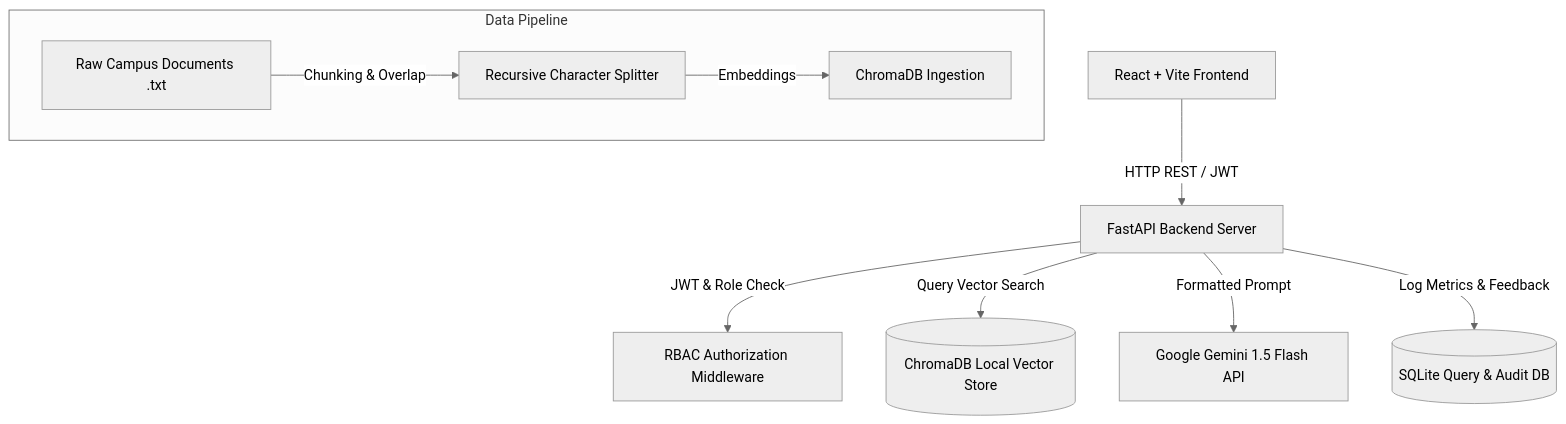
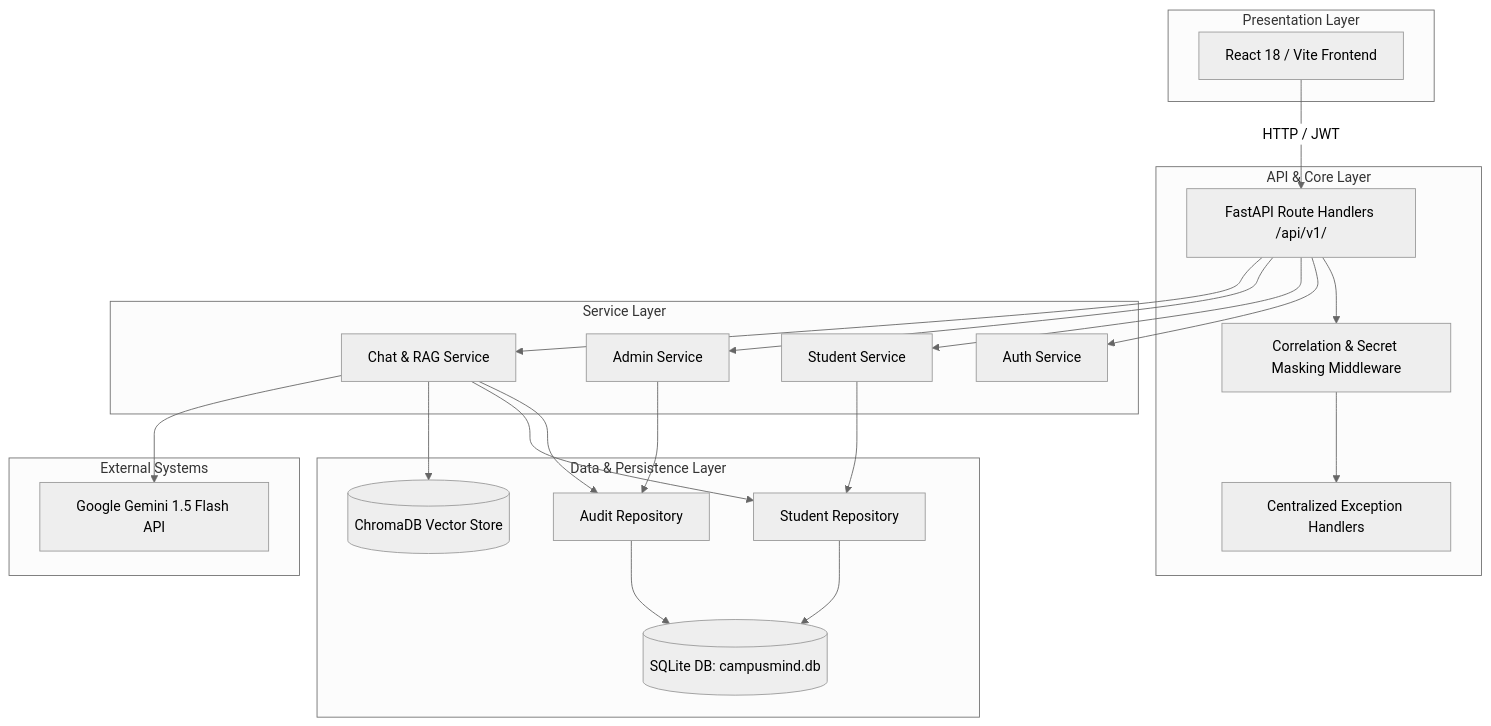
The diagram in docs/architecture.md (Sandxx999/CampusMIND), drawn with Mermaid (neutral theme) before and after one commit. The commit also changed other lines of this file and 34 other files, not shown here.

````diff
--- a/docs/architecture.md
+++ b/docs/architecture.md
@@ -5,13 +7,48 @@
 ```mermaid
 graph TD
-    Client[React + Vite Frontend] -->|HTTP REST / JWT| FastAPI[FastAPI Backend Server]
-    FastAPI -->|JWT & Role Check| RBAC[RBAC Authorization Middleware]
-    FastAPI -->|Query Vector Search| ChromaDB[(ChromaDB Local Vector Store)]
-    FastAPI -->|Formatted Prompt| LLM[Google Gemini 1.5 Flash API]
-    FastAPI -->|Log Metrics & Feedback| SQLite[(SQLite Query & Audit DB)]
-    
-    subgraph Data Pipeline
-        RawDocs[Raw Campus Documents .txt] -->|Chunking & Overlap| Chunker[Recursive Character Splitter]
-        Chunker -->|Embeddings| VectorStore[ChromaDB Ingestion]
+    subgraph Presentation Layer
+        UI[React 18 / Vite Frontend]
     end
+
+    subgraph API & Core Layer
+        Router[FastAPI Route Handlers /api/v1/]
+        Middleware[Correlation & Secret Masking Middleware]
+        ErrorHandler[Centralized Exception Handlers]
+    end
+
+    subgraph Service Layer
+        AuthSvc[Auth Service]
+        StudentSvc[Student Service]
+        AdminSvc[Admin Service]
+        ChatSvc[Chat & RAG Service]
+    end
+
+    subgraph Data & Persistence Layer
+        StudentRepo[Student Repository]
+        AuditRepo[Audit Repository]
+        SQLite[(SQLite DB: campusmind.db)]
+        Chroma[(ChromaDB Vector Store)]
+    end
+
+    subgraph External Systems
+        Gemini[Google Gemini 1.5 Flash API]
+    end
+
+    UI -->|HTTP / JWT| Router
+    Router --> Middleware
+    Middleware --> ErrorHandler
+    Router --> AuthSvc
+    Router --> StudentSvc
+    Router --> AdminSvc
+    Router --> ChatSvc
+
+    StudentSvc --> StudentRepo
+    AdminSvc --> AuditRepo
+    ChatSvc --> AuditRepo
+    ChatSvc --> StudentRepo
+
+    StudentRepo --> SQLite
+    AuditRepo --> SQLite
+    ChatSvc --> Chroma
+    ChatSvc --> Gemini
 ```
````
